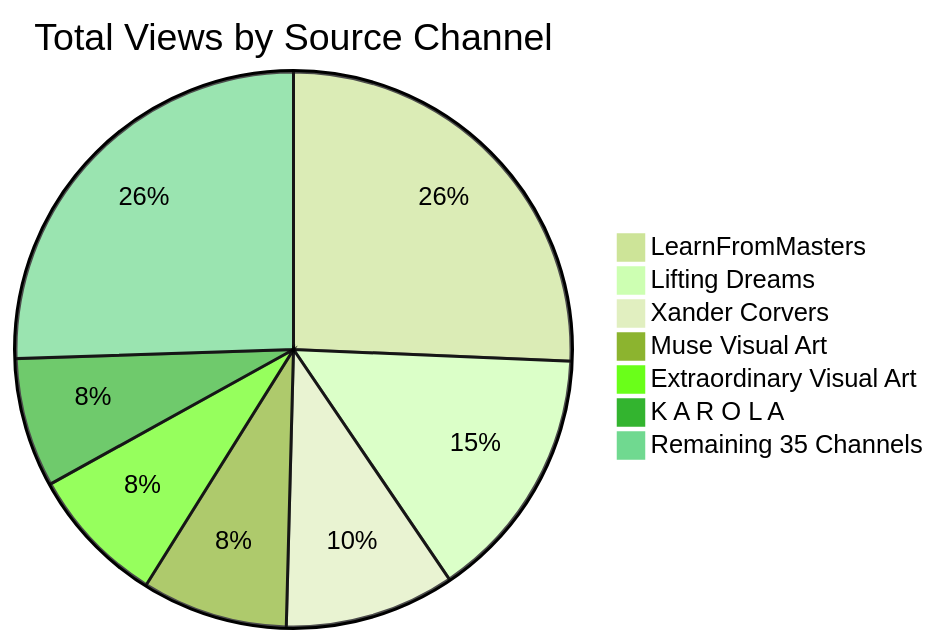
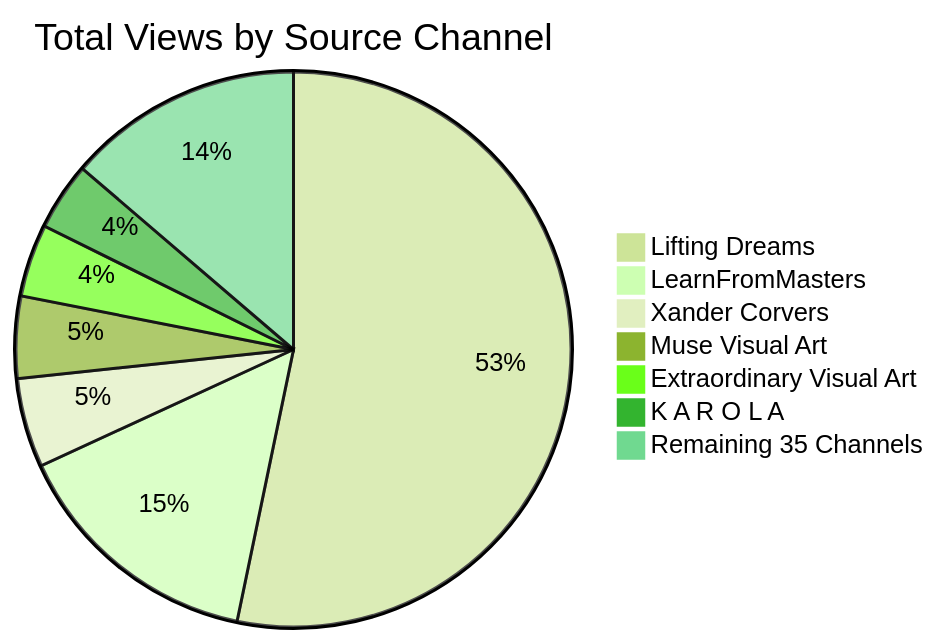
The diagram in monet_playlist_catalog.md (lgtkgtv/monet-living-gallery), drawn with Mermaid (forest theme) before and after one commit. The commit also changed other lines of this file and 9 other files, not shown here.

````diff
--- a/monet_playlist_catalog.md
+++ b/monet_playlist_catalog.md
@@ -21,10 +21,10 @@
 ```mermaid
 pie title Total Views by Source Channel
-    "LearnFromMasters" : 6224000
-    "Lifting Dreams" : 3600000
+    "Lifting Dreams" : 24600000
+    "LearnFromMasters" : 6867000
     "Xander Corvers" : 2400000
-    "Muse Visual Art" : 2056800
+    "Muse Visual Art" : 2203900
     "Extraordinary Visual Art" : 1952800
     "K A R O L A" : 1825300
-    "Remaining 35 Channels" : 6188023
+    "Remaining 35 Channels" : 6339192
 ```
````
